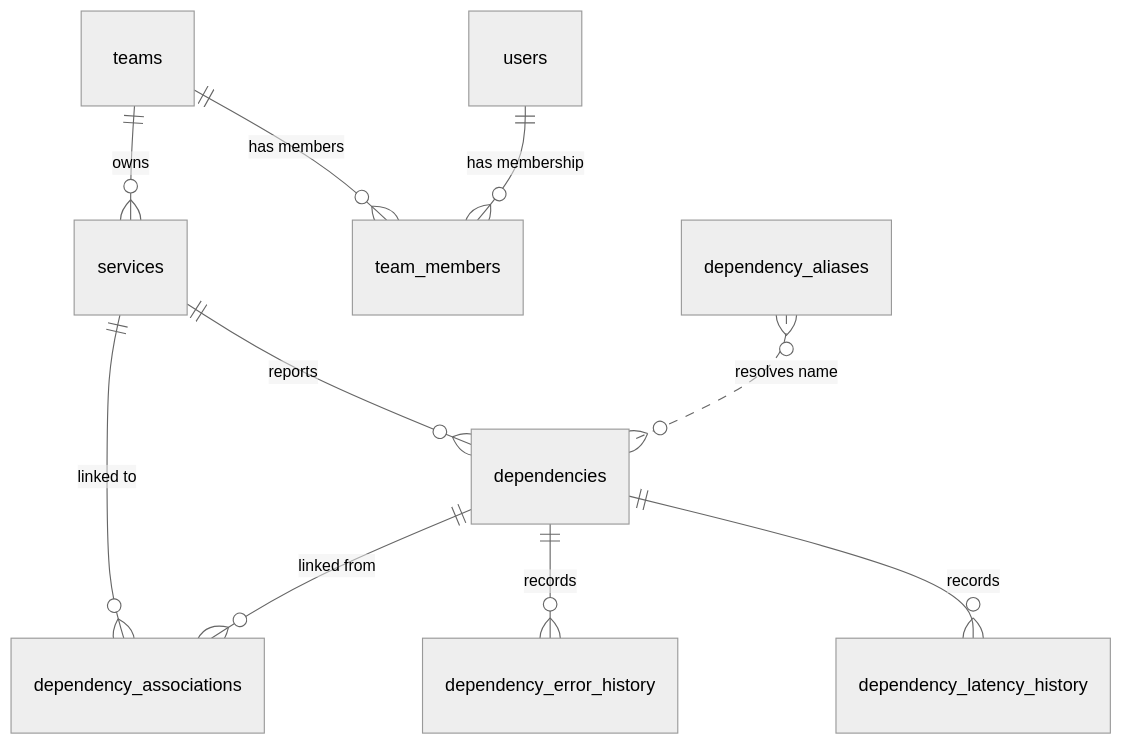
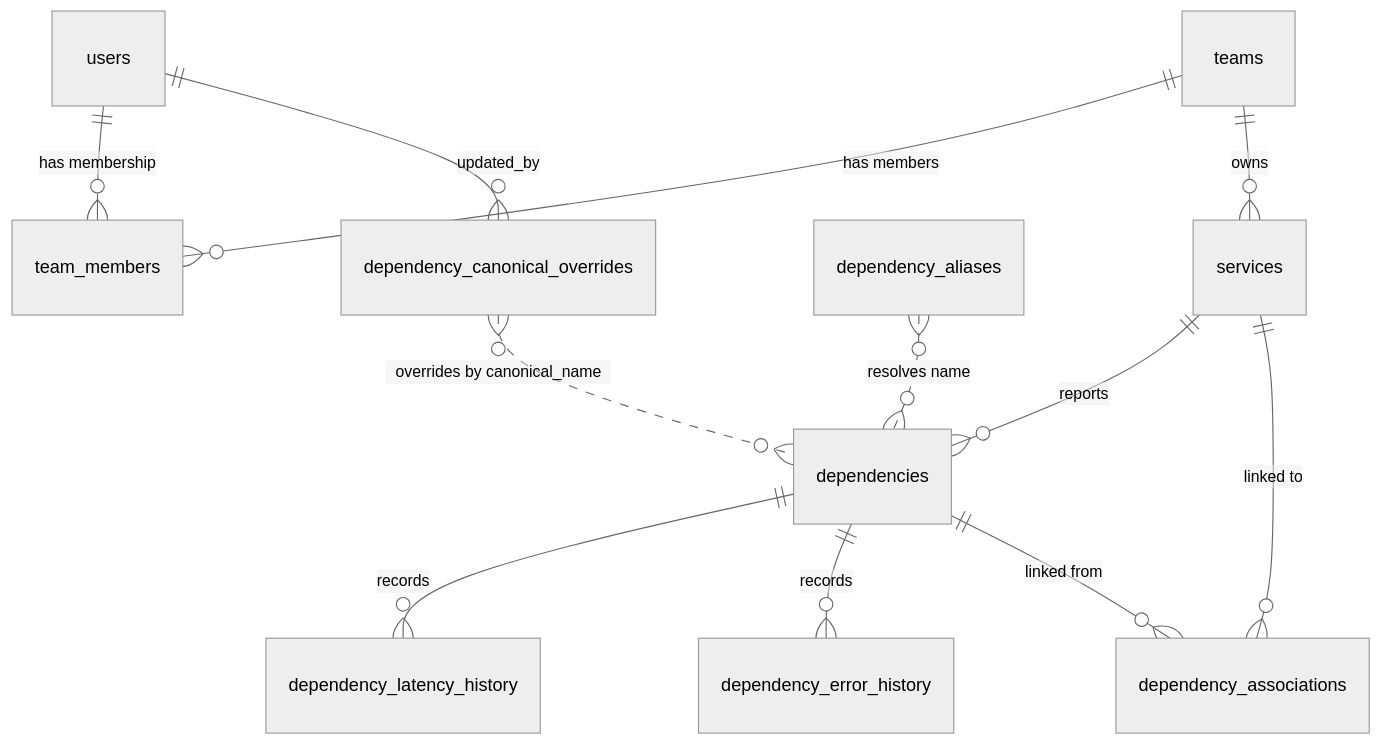
The diagram in docs/spec/02-data-model.md (copperbox/depsera), drawn with Mermaid (neutral theme) before and after one commit. The commit also changed other lines of this file and 126 other files, not shown here.

````diff
--- a/docs/spec/02-data-model.md
+++ b/docs/spec/02-data-model.md
@@ -16,12 +16,14 @@
 ```mermaid
 erDiagram
     users ||--o{ team_members : "has membership"
     teams ||--o{ team_members : "has members"
     teams ||--o{ services : "owns"
     services ||--o{ dependencies : "reports"
     dependencies ||--o{ dependency_latency_history : "records"
     dependencies ||--o{ dependency_error_history : "records"
     dependencies ||--o{ dependency_associations : "linked from"
     services ||--o{ dependency_associations : "linked to"
     dependency_aliases }o..o{ dependencies : "resolves name"
+    dependency_canonical_overrides }o..o{ dependencies : "overrides by canonical_name"
+    users ||--o{ dependency_canonical_overrides : "updated_by"
 ```
````
